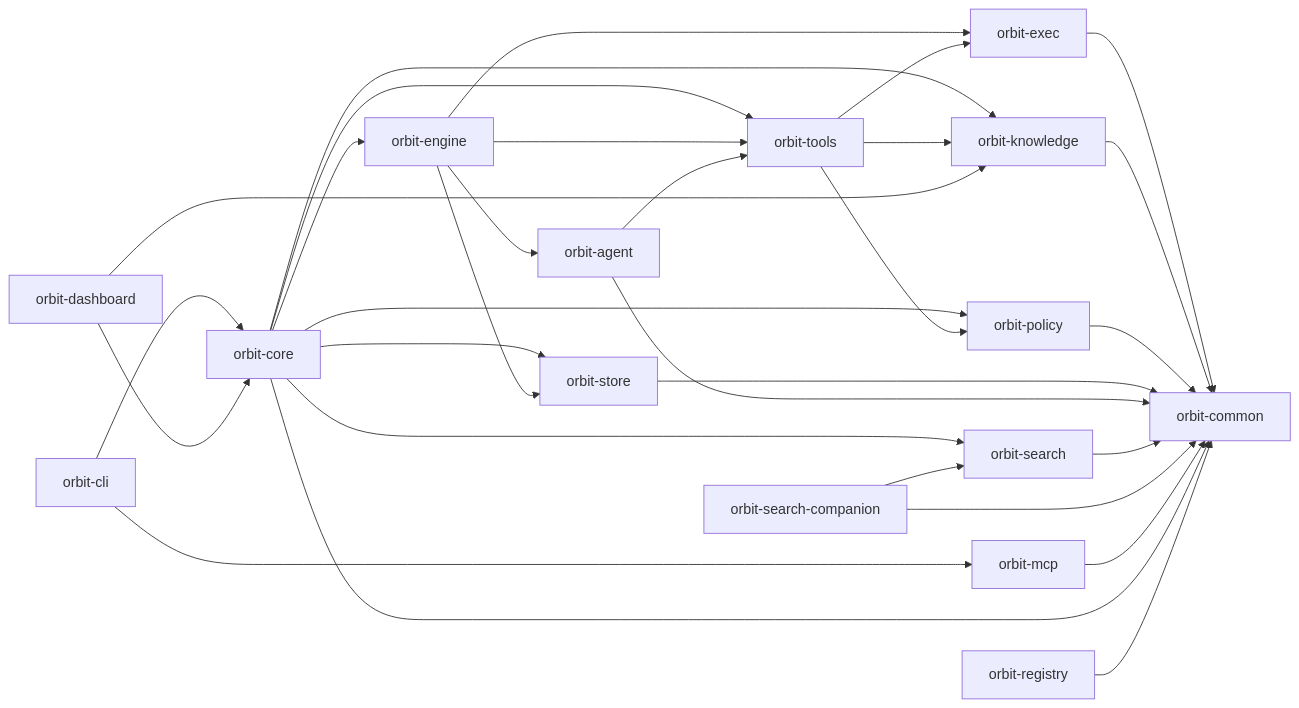
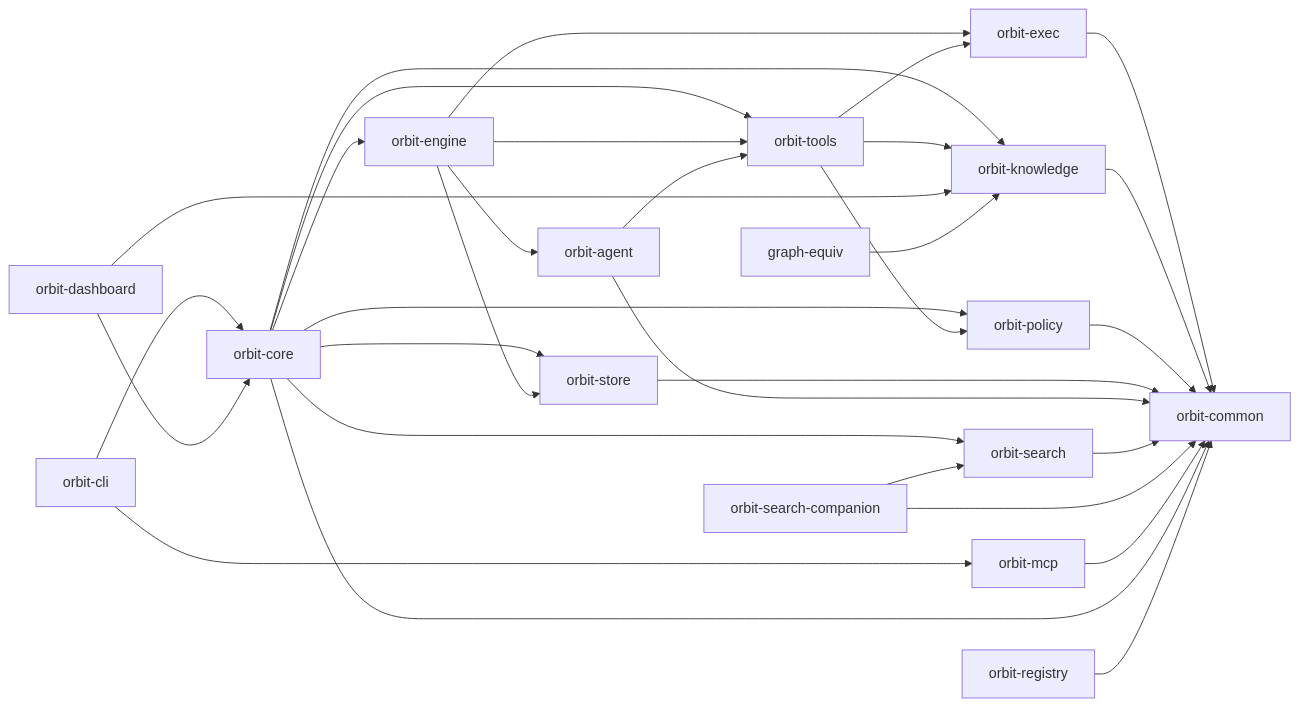
The diagram in ARCHITECTURE.md (danieljhkim/orbit), drawn with Mermaid before and after one commit. The commit also changed other lines of this file and 7 other files, not shown here.

Commit message:
chore: Scaffold tools/graph-equiv binary for v1↔v2 equivalence checks [ORB-00297]

````diff
--- a/ARCHITECTURE.md
+++ b/ARCHITECTURE.md
@@ -5,32 +5,33 @@
 ```mermaid
 flowchart LR
   CLI["orbit-cli"] --> Core["orbit-core"]
   CLI --> MCP["orbit-mcp"]
   Core --> Engine["orbit-engine"]
   Core --> Store["orbit-store"]
   Core --> Tools["orbit-tools"]
   Core --> Search["orbit-search"]
   Core --> Knowledge["orbit-knowledge"]
   Core --> Policy["orbit-policy"]
   Engine --> Agent["orbit-agent"]
   Engine --> Store
   Engine --> Exec["orbit-exec"]
   Engine --> Tools
   Agent --> Tools
   Tools --> Exec["orbit-exec"]
   Tools --> Knowledge
   Tools --> Policy
   Exec --> Common["orbit-common"]
   Knowledge --> Common
   Policy --> Common
   Store --> Common
   Agent --> Common
   Search --> Common
   SearchCompanion["orbit-search-companion"] --> Search
   SearchCompanion --> Common
   MCP --> Common
   Dashboard["orbit-dashboard"] --> Core
   Dashboard --> Knowledge
+  GraphEquiv["graph-equiv"] --> Knowledge
   Core --> Common
   Registry["orbit-registry"] --> Common
 ```
````
